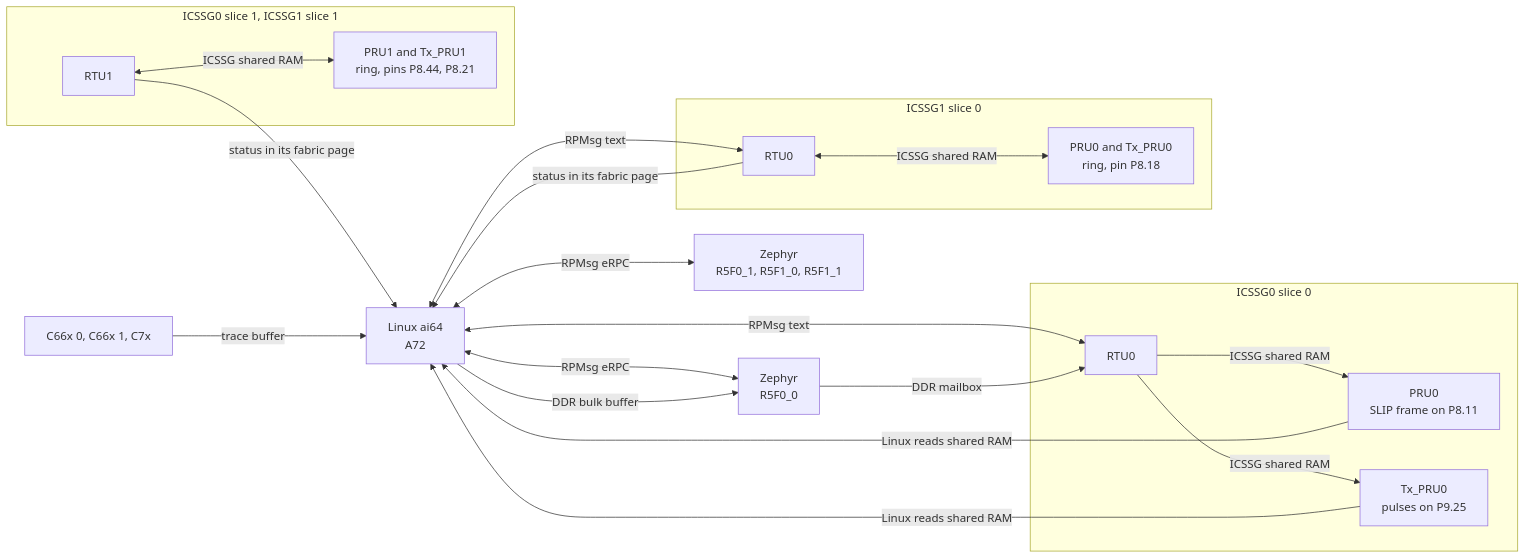
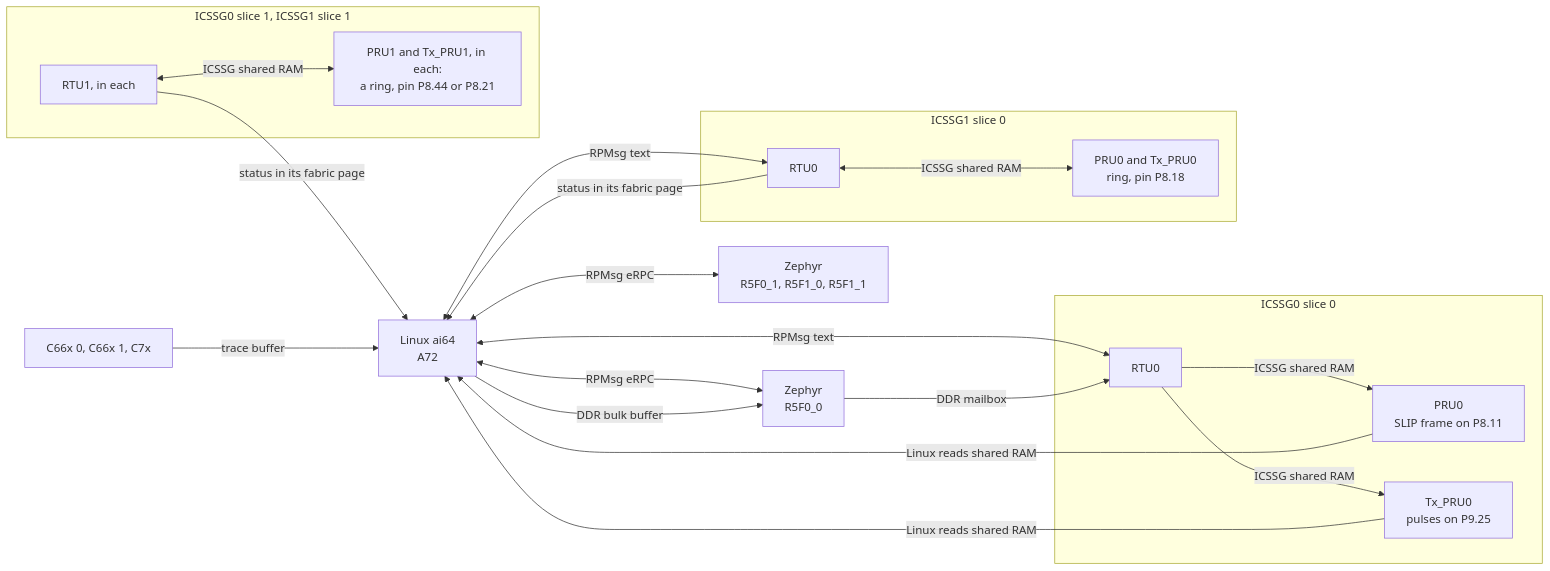
Before and after one commit to kevinacahalan/BeagleBoneAI64-linux-zephyr-pru-c7x-c66x-demo: the first of 2 diagrams in README.md, drawn with Mermaid. The commit also changed other lines of this file, not shown here.

Commit message:
README: the slice split on the Yocto image, and a clearer ring diagram

````diff
--- a/README.md
+++ b/README.md
@@ -16,35 +16,35 @@
 ```mermaid
 flowchart LR
   ai64["Linux ai64<br/>A72"]
   r5["Zephyr<br/>R5F0_0"]
   r5b["Zephyr<br/>R5F0_1, R5F1_0, R5F1_1"]
   dsp["C66x 0, C66x 1, C7x"]
   subgraph s00["ICSSG0 slice 0"]
     rtu0["RTU0"]
     pru0["PRU0<br/>SLIP frame on P8.11"]
     tx["Tx_PRU0<br/>pulses on P9.25"]
   end
   subgraph s10["ICSSG1 slice 0"]
     g1rtu0["RTU0"]
     ring10["PRU0 and Tx_PRU0<br/>ring, pin P8.18"]
   end
   subgraph sx1["ICSSG0 slice 1, ICSSG1 slice 1"]
-    rtu1["RTU1"]
-    ringx1["PRU1 and Tx_PRU1<br/>ring, pins P8.44, P8.21"]
+    rtu1["RTU1, in each"]
+    ringx1["PRU1 and Tx_PRU1, in each:<br/>a ring, pin P8.44 or P8.21"]
   end
   ai64 <-->|"RPMsg eRPC"| r5
   ai64 <-->|"RPMsg eRPC"| r5b
   ai64 -->|"DDR bulk buffer"| r5
   ai64 <-->|"RPMsg text"| rtu0
   r5 -->|"DDR mailbox"| rtu0
   rtu0 -->|"ICSSG shared RAM"| pru0
   rtu0 -->|"ICSSG shared RAM"| tx
   pru0 -->|"Linux reads shared RAM"| ai64
   tx -->|"Linux reads shared RAM"| ai64
   ai64 <-->|"RPMsg text"| g1rtu0
   g1rtu0 <-->|"ICSSG shared RAM"| ring10
   rtu1 <-->|"ICSSG shared RAM"| ringx1
   g1rtu0 -->|"status in its fabric page"| ai64
   rtu1 -->|"status in its fabric page"| ai64
   dsp -->|"trace buffer"| ai64
 ```
````
